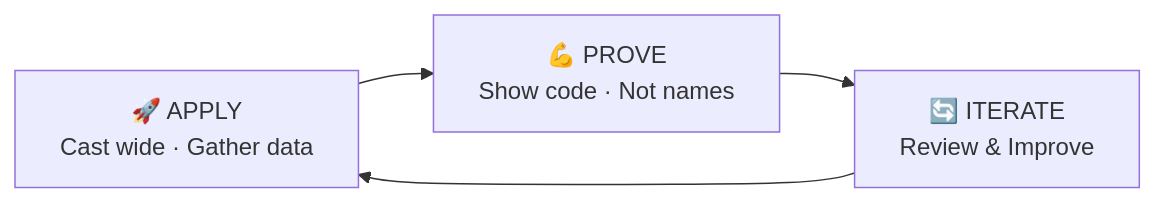
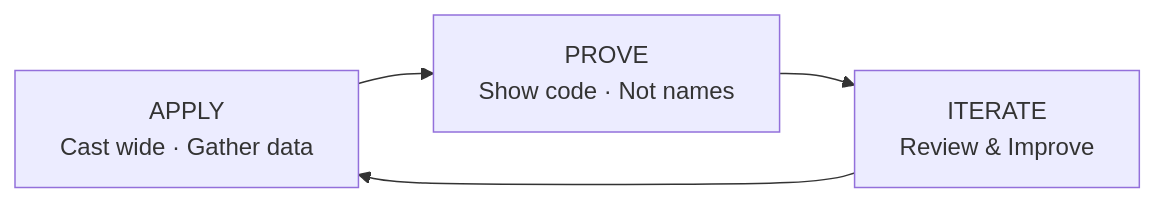
One commit to Destined-at-Dawn/career-breakthrough changed the diagram in README.en.md. Above: the diagram before and after it, drawn with Mermaid. The commit also changed other lines of this file and 31 other files, not shown here.

````diff
--- a/README.en.md
+++ b/README.en.md
@@ -43,6 +43,6 @@
 ```mermaid
 graph LR
-    A["🚀 APPLY<br/>Cast wide · Gather data"] --> B["💪 PROVE<br/>Show code · Not names"]
-    B --> C["🔄 ITERATE<br/>Review & Improve"]
+    A[" APPLY<br/>Cast wide · Gather data"] --> B[" PROVE<br/>Show code · Not names"]
+    B --> C[" ITERATE<br/>Review & Improve"]
     C --> A
 ```
````
